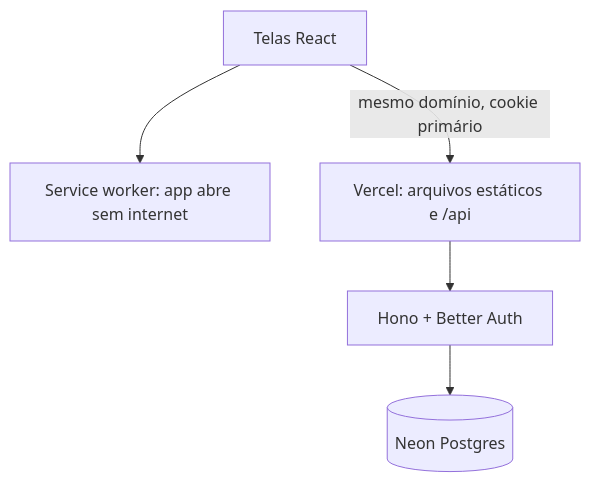
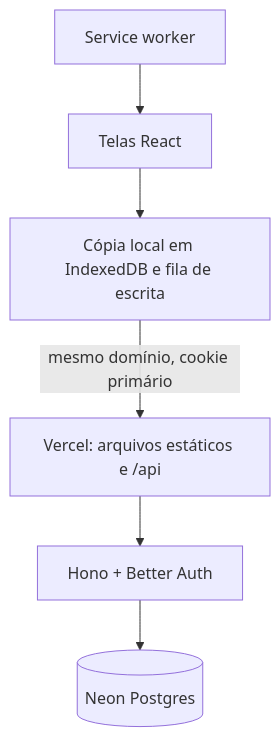
Before and after one commit to lucas04501/rumo: the diagram in README.md, drawn with Mermaid. The commit also changed other lines of this file and 41 other files, not shown here.

````diff
--- a/README.md
+++ b/README.md
@@ -36,7 +45,8 @@
 ```mermaid
 flowchart TD
-    A[Telas React] --> B[Service worker: app abre sem internet]
-    A -->|mesmo domínio, cookie primário| C[Vercel: arquivos estáticos e /api]
+    A[Telas React] --> B[Cópia local em IndexedDB e fila de escrita]
+    S[Service worker] --> A
+    B -->|mesmo domínio, cookie primário| C[Vercel: arquivos estáticos e /api]
     C --> D[Hono + Better Auth]
     D --> E[(Neon Postgres)]
 ```
````
